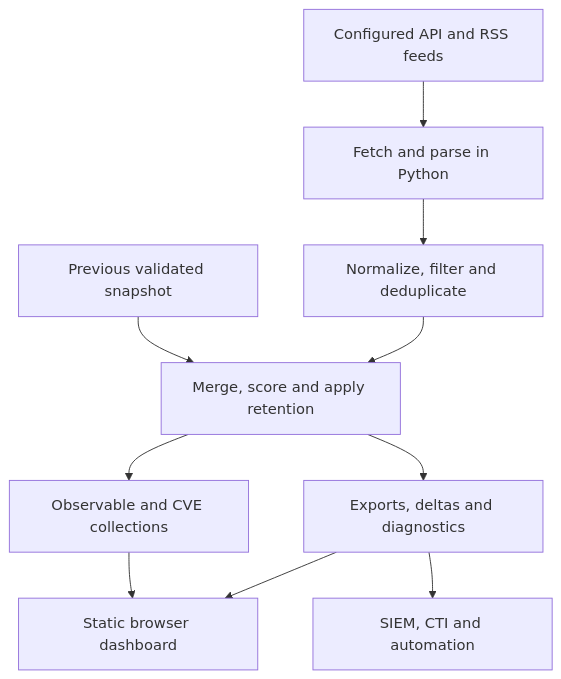
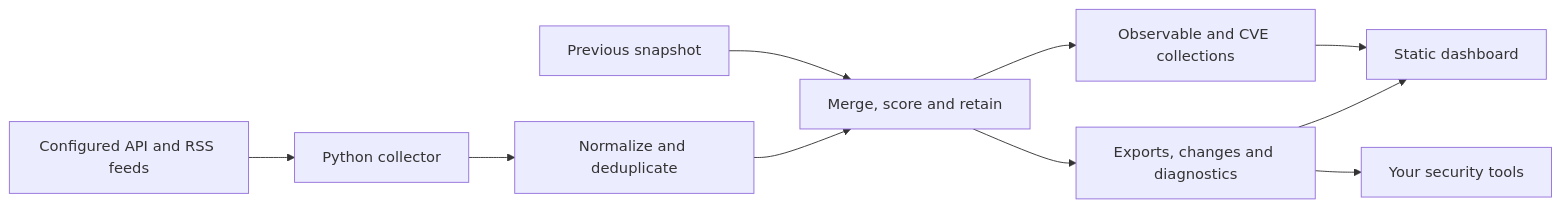
One commit to PKHarsimran/SwiftIOC-Automated-Threat-Intelligence-Collector changed the diagram in README.md. Above: the diagram before and after it, drawn with Mermaid. The commit also changed other lines of this file, not shown here.

Commit message:
docs: explain analyst workflows and add live snapshot insights

````diff
--- a/README.md
+++ b/README.md
@@ -36,12 +65,12 @@
 ```mermaid
-flowchart TD
-    A[Configured API and RSS feeds] --> B[Fetch and parse in Python]
-    B --> C[Normalize, filter and deduplicate]
-    P[Previous validated snapshot] --> D[Merge, score and apply retention]
+flowchart LR
+    A[Configured API and RSS feeds] --> B[Python collector]
+    B --> C[Normalize and deduplicate]
+    P[Previous snapshot] --> D[Merge, score and retain]
     C --> D
     D --> E[Observable and CVE collections]
-    D --> F[Exports, deltas and diagnostics]
-    E --> G[Static browser dashboard]
+    D --> F[Exports, changes and diagnostics]
+    E --> G[Static dashboard]
     F --> G
-    F --> H[SIEM, CTI and automation]
+    F --> H[Your security tools]
 ```
````
